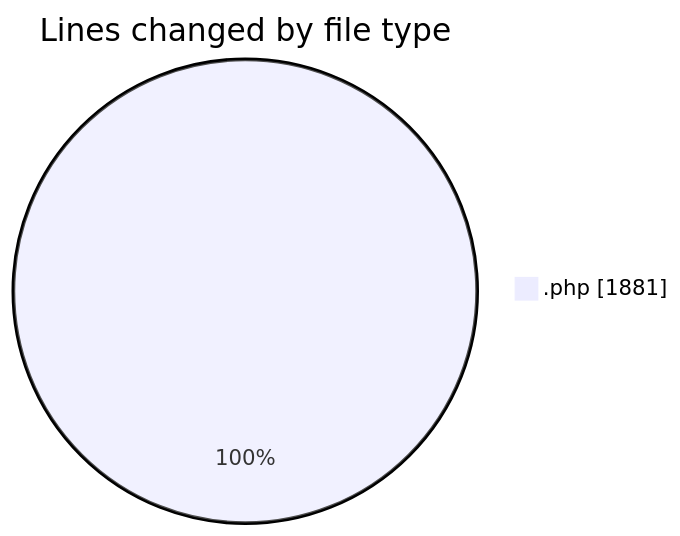
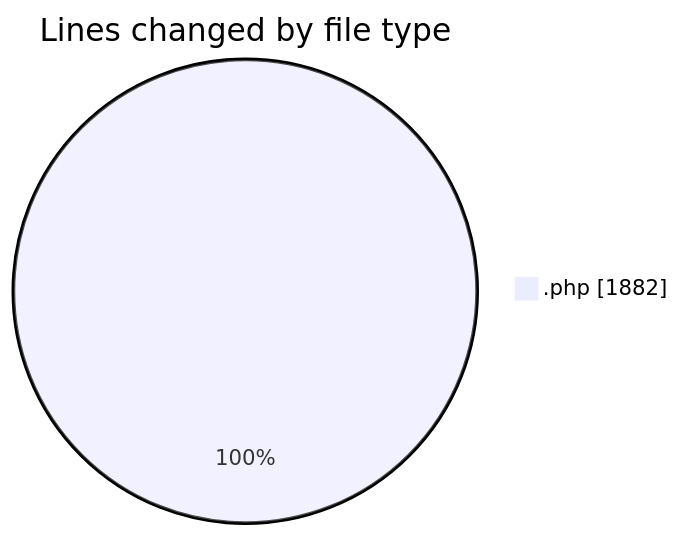
The first of 2 diagrams in 2025-04-18/zeytoon/README.md (vahidmafi/code-tracking), drawn with Mermaid before and after one commit. The commit also changed other lines of this file and 1 other file, not shown here.

````diff
--- a/2025-04-18/zeytoon/README.md
+++ b/2025-04-18/zeytoon/README.md
@@ -20,5 +20,5 @@
 ```mermaid
 pie showData
 title Lines changed by file type
-".php" : 1881
+".php" : 1882
 ```
````
